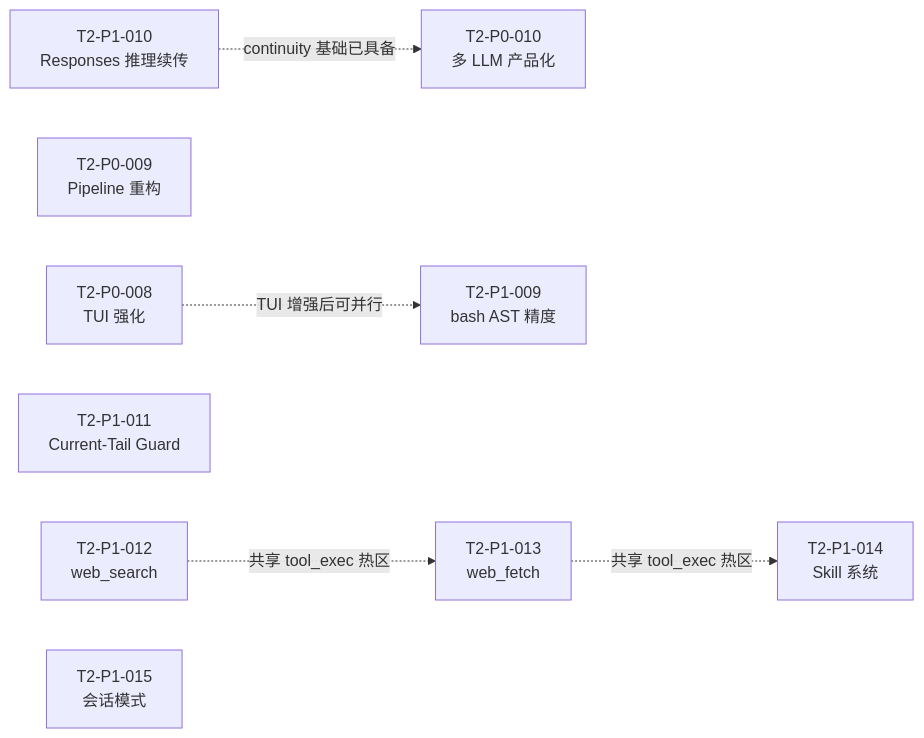
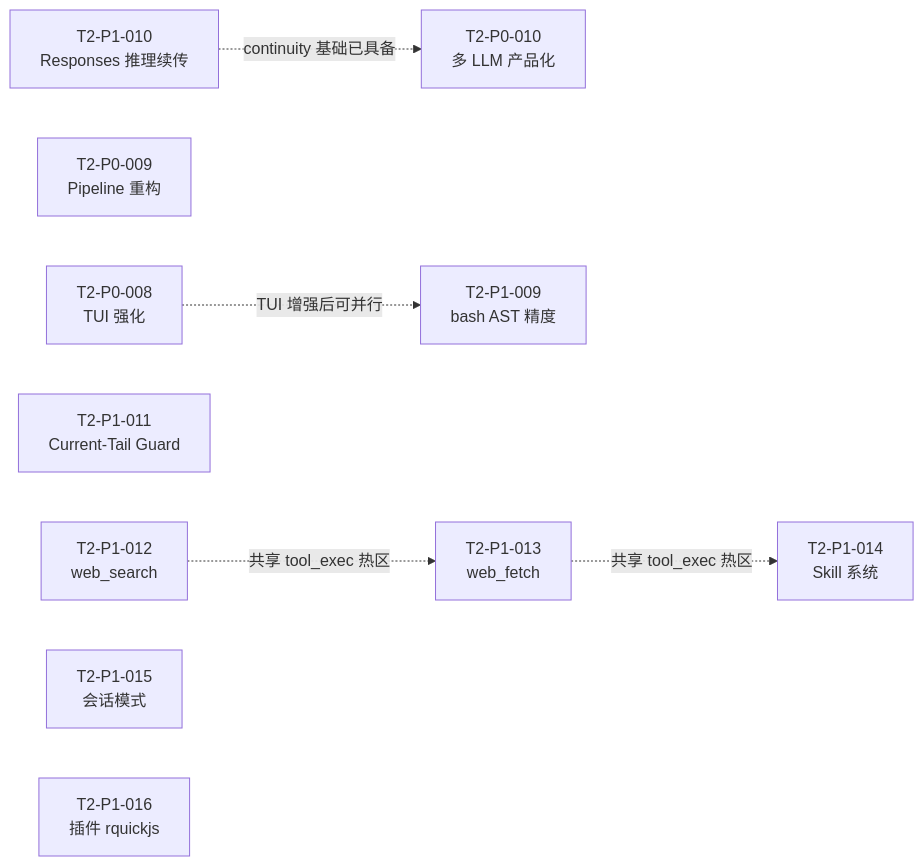
The diagram in tomcat/docs/agents/TASK_BOARD_002/README.md (teisun/tomcat-agent), drawn with Mermaid before and after one commit. The commit also changed other lines of this file and 2 other files, not shown here.

First line of the commit message:
docs(architecture): 新增 rquickjs 插件系统 SSoT 并登记 T2-P1-016

````diff
--- a/tomcat/docs/agents/TASK_BOARD_002/README.md
+++ b/tomcat/docs/agents/TASK_BOARD_002/README.md
@@ -53,24 +53,26 @@
 ```mermaid
 flowchart LR
     P008[T2-P0-008<br/>TUI 强化]
     P009[T2-P0-009<br/>Pipeline 重构]
     P010[T2-P0-010<br/>多 LLM 产品化]
     P109[T2-P1-009<br/>bash AST 精度]
     P110[T2-P1-010<br/>Responses 推理续传]
     P111[T2-P1-011<br/>Current-Tail Guard]
     P112[T2-P1-012<br/>web_search]
     P113[T2-P1-013<br/>web_fetch]
     P114[T2-P1-014<br/>Skill 系统]
     P115[T2-P1-015<br/>会话模式]
+    P116[T2-P1-016<br/>插件 rquickjs]
     P008 -.->|TUI 增强后可并行| P109
     P112 -.->|共享 tool_exec 热区| P113
     P113 -.->|共享 tool_exec 热区| P114
     P110 -.->|continuity 基础已具备| P010
     P009
     P110
     P111
     P112
     P113
     P114
     P115
+    P116
 ```
````
